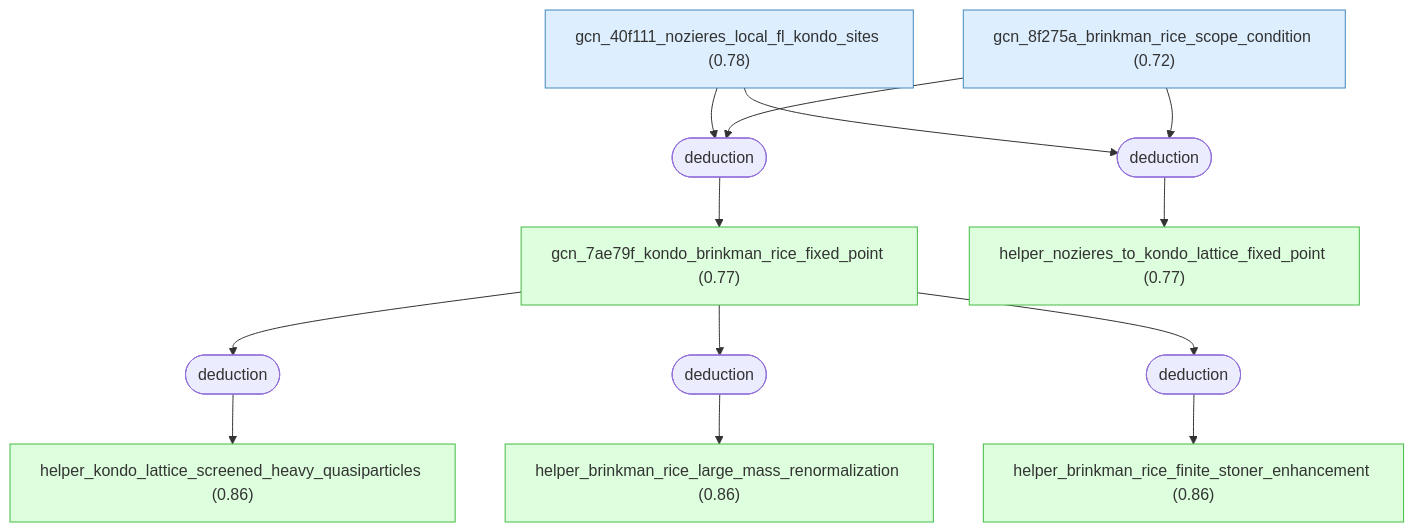
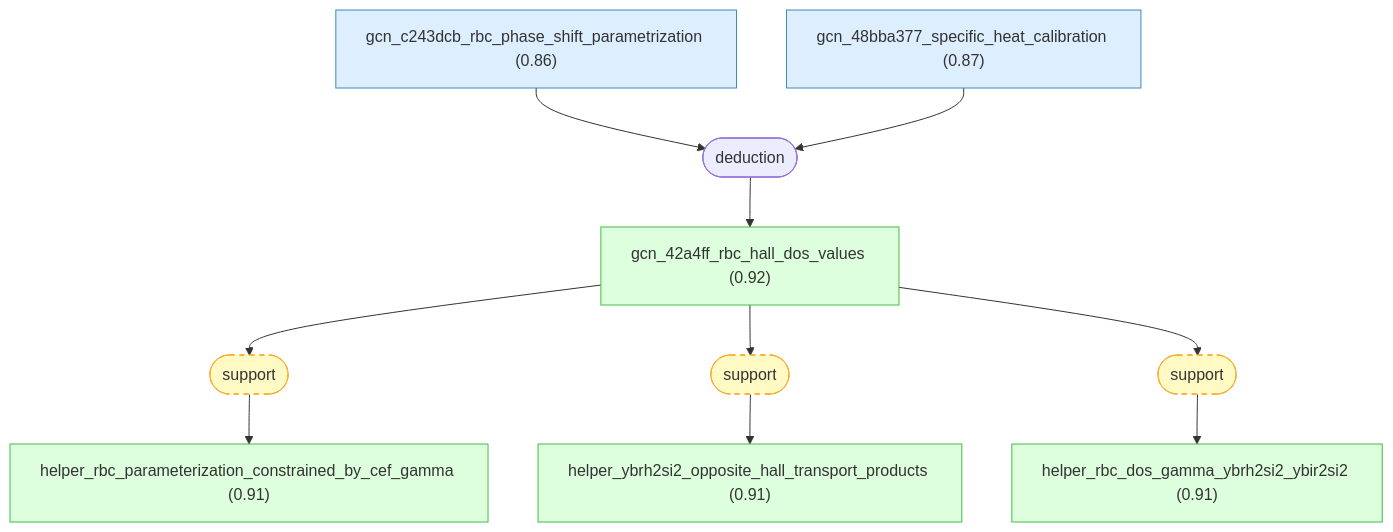
One commit to Callo42/fermi-liquid-effective-mass-gaia changed the third of 13 diagrams in docs/detailed-reasoning.md. Above: the diagram before and after it, drawn with Mermaid. The commit also changed other lines of this file and 53 other files, not shown here.

First line of the commit message:
Regenerate Fermi graph from connected root

````diff
--- a/docs/detailed-reasoning.md
+++ b/docs/detailed-reasoning.md
@@ -518,37 +425,32 @@
 ```mermaid
 graph TD
-    gcn_40f111_nozieres_local_fl_kondo_sites["gcn_40f111_nozieres_local_fl_kondo_sites (0.78)"]:::premise
-    gcn_8f275a_brinkman_rice_scope_condition["gcn_8f275a_brinkman_rice_scope_condition (0.72)"]:::premise
-    gcn_7ae79f_kondo_brinkman_rice_fixed_point["gcn_7ae79f_kondo_brinkman_rice_fixed_point (0.77)"]:::derived
-    helper_kondo_lattice_screened_heavy_quasiparticles["helper_kondo_lattice_screened_heavy_quasiparticles (0.86)"]:::derived
-    helper_brinkman_rice_large_mass_renormalization["helper_brinkman_rice_large_mass_renormalization (0.86)"]:::derived
-    helper_brinkman_rice_finite_stoner_enhancement["helper_brinkman_rice_finite_stoner_enhancement (0.86)"]:::derived
-    helper_nozieres_to_kondo_lattice_fixed_point["helper_nozieres_to_kondo_lattice_fixed_point (0.77)"]:::derived
-    strat_3(["deduction"])
-    gcn_40f111_nozieres_local_fl_kondo_sites --> strat_3
-    gcn_8f275a_brinkman_rice_scope_condition --> strat_3
-    strat_3 --> gcn_7ae79f_kondo_brinkman_rice_fixed_point
-    strat_4(["deduction"])
-    gcn_7ae79f_kondo_brinkman_rice_fixed_point --> strat_4
-    strat_4 --> helper_kondo_lattice_screened_heavy_quasiparticles
-    strat_5(["deduction"])
-    gcn_7ae79f_kondo_brinkman_rice_fixed_point --> strat_5
-    strat_5 --> helper_brinkman_rice_large_mass_renormalization
-    strat_6(["deduction"])
-    gcn_7ae79f_kondo_brinkman_rice_fixed_point --> strat_6
-    strat_6 --> helper_brinkman_rice_finite_stoner_enhancement
-    strat_7(["deduction"])
-    gcn_40f111_nozieres_local_fl_kondo_sites --> strat_7
-    gcn_8f275a_brinkman_rice_scope_condition --> strat_7
-    strat_7 --> helper_nozieres_to_kondo_lattice_fixed_point
+    gcn_c243dcb_rbc_phase_shift_parametrization["gcn_c243dcb_rbc_phase_shift_parametrization (0.86)"]:::premise
+    gcn_48bba377_specific_heat_calibration["gcn_48bba377_specific_heat_calibration (0.87)"]:::premise
+    gcn_42a4ff_rbc_hall_dos_values["gcn_42a4ff_rbc_hall_dos_values (0.92)"]:::derived
+    helper_rbc_parameterization_constrained_by_cef_gamma["helper_rbc_parameterization_constrained_by_cef_gamma (0.91)"]:::derived
+    helper_ybrh2si2_opposite_hall_transport_products["helper_ybrh2si2_opposite_hall_transport_products (0.91)"]:::derived
+    helper_rbc_dos_gamma_ybrh2si2_ybir2si2["helper_rbc_dos_gamma_ybrh2si2_ybir2si2 (0.91)"]:::derived
+    strat_2(["deduction"])
+    gcn_c243dcb_rbc_phase_shift_parametrization --> strat_2
+    gcn_48bba377_specific_heat_calibration --> strat_2
+    strat_2 --> gcn_42a4ff_rbc_hall_dos_values
+    strat_3(["support"]):::weak
+    gcn_42a4ff_rbc_hall_dos_values --> strat_3
+    strat_3 --> helper_rbc_parameterization_constrained_by_cef_gamma
+    strat_4(["support"]):::weak
+    gcn_42a4ff_rbc_hall_dos_values --> strat_4
+    strat_4 --> helper_ybrh2si2_opposite_hall_transport_products
+    strat_5(["support"]):::weak
+    gcn_42a4ff_rbc_hall_dos_values --> strat_5
+    strat_5 --> helper_rbc_dos_gamma_ybrh2si2_ybir2si2
 
     classDef setting fill:#f0f0f0,stroke:#999,color:#333
     classDef premise fill:#ddeeff,stroke:#4488bb,color:#333
     classDef derived fill:#ddffdd,stroke:#44bb44,color:#333
     classDef question fill:#fff3dd,stroke:#cc9944,color:#333
     classDef background fill:#f5f5f5,stroke:#bbb,stroke-dasharray: 5 5,color:#333
     classDef orphan fill:#fff,stroke:#ccc,stroke-dasharray: 5 5,color:#333
     classDef external fill:#fff,stroke:#aaa,stroke-dasharray: 3 3,color:#333
     classDef weak fill:#fff9c4,stroke:#f9a825,stroke-dasharray: 5 5,color:#333
     classDef contra fill:#ffebee,stroke:#c62828,color:#333
 ```
````
